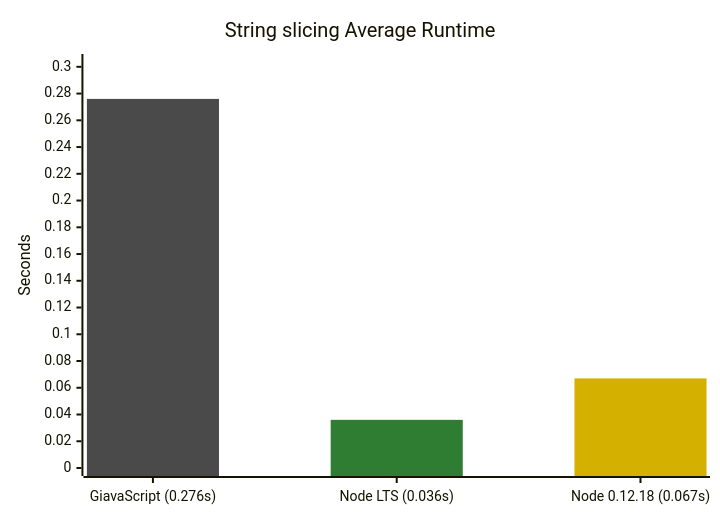
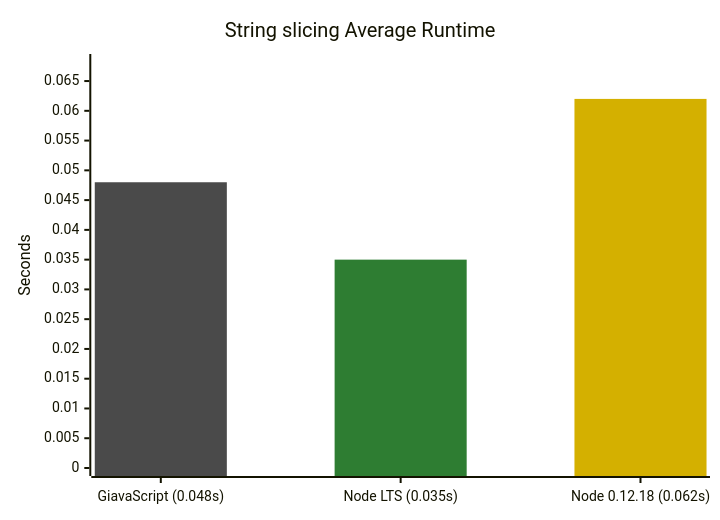
Before and after one commit to GiavaScript/GiavaScript: the fourth of 5 diagrams in README.md, drawn with Mermaid. The commit also changed other lines of this file and 2 other files, not shown here.

````diff
--- a/README.md
+++ b/README.md
@@ -115,10 +115,10 @@
 ```mermaid
 %%{init: {"themeVariables": {"xyChart": {"plotColorPalette": "#4a4a4a, #2e7d32, #d4b000"}}}}%%
 xychart-beta
     title "String slicing Average Runtime"
-    x-axis ["GiavaScript (0.276s)", "Node LTS (0.036s)", "Node 0.12.18 (0.067s)"]
-    y-axis "Seconds" 0 --> 0.3036
-    bar [0.276, -1, -1]
-    bar [-1, 0.036, -1]
-    bar [-1, -1, 0.067]
+    x-axis ["GiavaScript (0.048s)", "Node LTS (0.035s)", "Node 0.12.18 (0.062s)"]
+    y-axis "Seconds" 0 --> 0.0682
+    bar [0.048, -1, -1]
+    bar [-1, 0.035, -1]
+    bar [-1, -1, 0.062]
 ```
````
